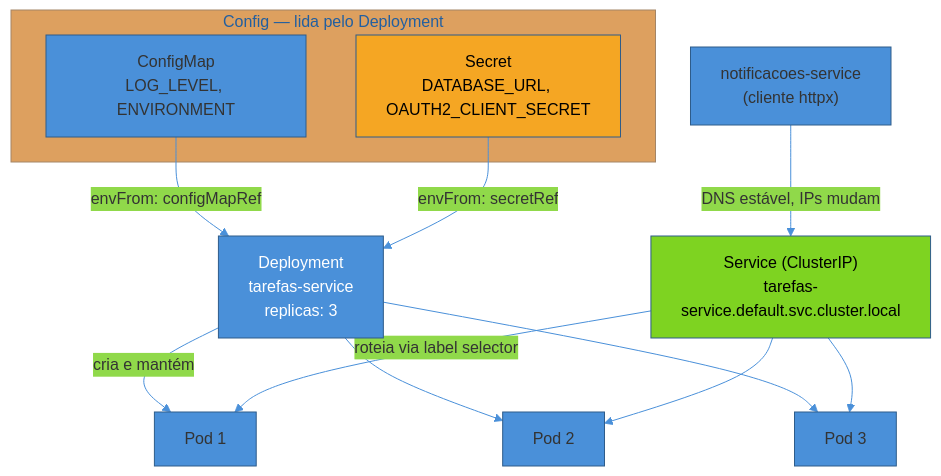
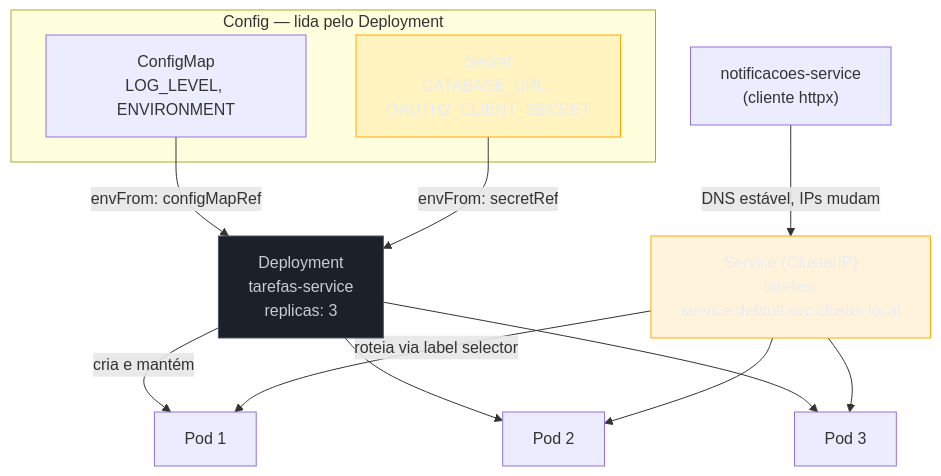
One commit to josenaldo/codex-technomanticus changed the first of 2 diagrams in 03-Dominios/Tecnologia/Python/Cloud-native e produção/02 - Kubernetes na prática — Deployment, Service, ConfigMap e Secret.md. Above: the diagram before and after it, drawn with Mermaid. The commit also changed other lines of this file and 1181 other files, not shown here.

First line of the commit message:
fix(diagramas): paleta do sistema no lugar de cor cravada no markdown

````diff
--- a/03-Dominios/Tecnologia/Python/Cloud-native e produção/02 - Kubernetes na prática — Deployment, Service, ConfigMap e Secret.md
+++ b/03-Dominios/Tecnologia/Python/Cloud-native e produção/02 - Kubernetes na prática — Deployment, Service, ConfigMap e Secret.md
@@ -31,29 +31,30 @@
 ```mermaid
-%%{init: {"theme": "base", "themeVariables": {"primaryColor": "#4A90D9", "primaryBorderColor": "#2E5C8A", "lineColor": "#4A90D9"}}}%%
 flowchart TB
+    classDef neutro fill:#1B2029,stroke:#4E5666,color:#C6CCD8
+    classDef destaque fill:#FFAA0024,stroke:#FFAA00,color:#E9ECF2
     subgraph CFG["Config — lida pelo Deployment"]
         CM["ConfigMap<br/>LOG_LEVEL, ENVIRONMENT"]
         SEC["Secret<br/>DATABASE_URL, OAUTH2_CLIENT_SECRET"]
     end
 
     DEP["Deployment<br/>tarefas-service<br/>replicas: 3"]
     P1["Pod 1"]
     P2["Pod 2"]
     P3["Pod 3"]
     SVC["Service (ClusterIP)<br/>tarefas-service.default.svc.cluster.local"]
     CLIENT["notificacoes-service<br/>(cliente httpx)"]
 
     CM -->|"envFrom: configMapRef"| DEP
     SEC -->|"envFrom: secretRef"| DEP
     DEP -->|"cria e mantém"| P1
     DEP --> P2
     DEP --> P3
     SVC -->|"roteia via label selector"| P1
     SVC --> P2
     SVC --> P3
     CLIENT -->|"DNS estável, IPs mudam"| SVC
 
-    style DEP fill:#4A90D9,color:#fff
-    style SVC fill:#7ED321,color:#000
-    style SEC fill:#F5A623,color:#000
+    class DEP neutro
+    class SVC destaque
+    class SEC destaque
 ```
````
